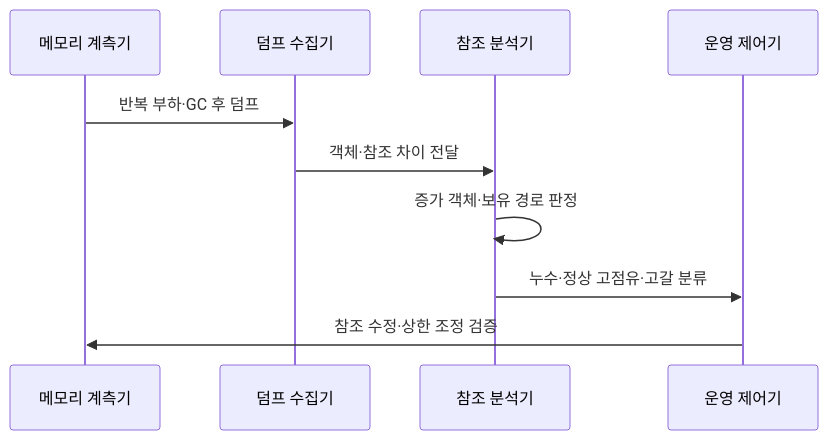
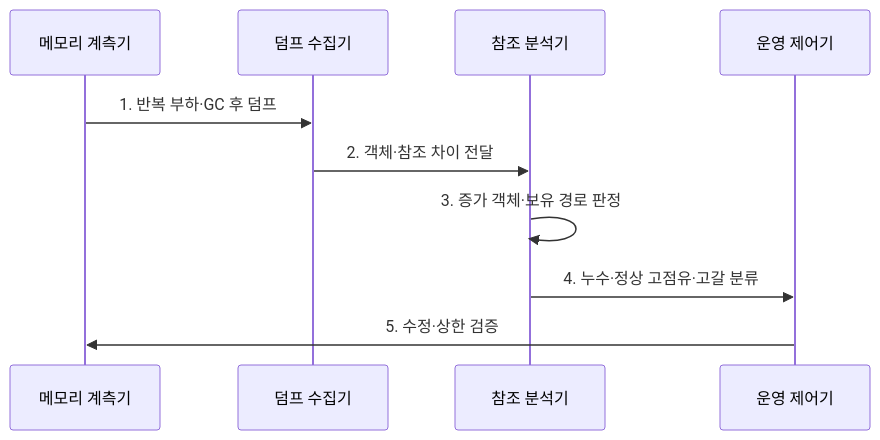
Before and after one commit to agnusdei1207/knowledge-base: the second of 2 diagrams in src/content/docs/notes/03-software/211_memory_leak_heap_overflow.md, drawn with Mermaid. The commit also changed other lines of this file and 20 other files, not shown here.

````diff
--- a/src/content/docs/notes/03-software/211_memory_leak_heap_overflow.md
+++ b/src/content/docs/notes/03-software/211_memory_leak_heap_overflow.md
@@ -78,12 +81,12 @@
 ```mermaid
 sequenceDiagram
     participant M as 메모리 계측기
     participant C as 덤프 수집기
     participant A as 참조 분석기
     participant O as 운영 제어기
-    M->>C: 반복 부하·GC 후 덤프
-    C->>A: 객체·참조 차이 전달
-    A->>A: 증가 객체·보유 경로 판정
-    A->>O: 누수·정상 고점유·고갈 분류
-    O->>M: 참조 수정·상한 조정 검증
+    M->>C: 1. 반복 부하·GC 후 덤프
+    C->>A: 2. 객체·참조 차이 전달
+    A->>A: 3. 증가 객체·보유 경로 판정
+    A->>O: 4. 누수·정상 고점유·고갈 분류
+    O->>M: 5. 수정·상한 검증
 ```
````
